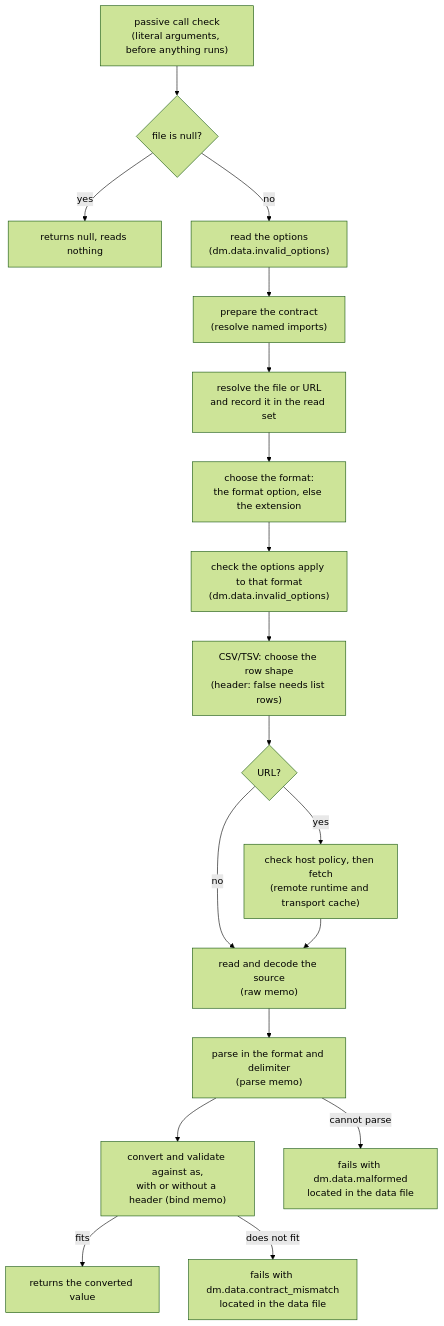
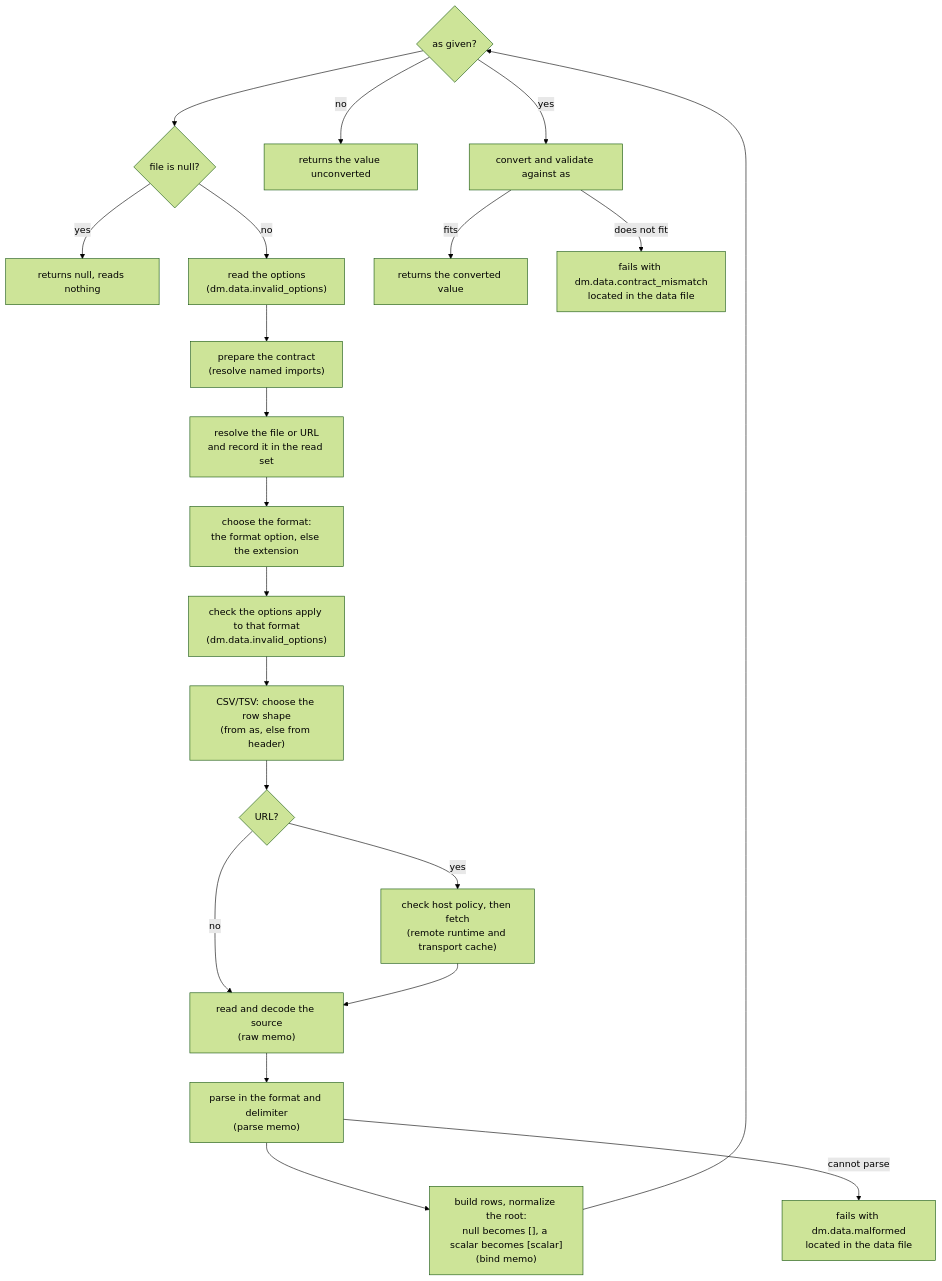
One commit to yankeeinlondon/rusty-biscuit changed the first of 2 diagrams in darkmatter/docs/topics/loading-data.md. Above: the diagram before and after it, drawn with Mermaid (forest theme). The commit also changed other lines of this file and 41 other files, not shown here.

First line of the commit message:
feat(darkmatter): complete schema-typed load_data observation

````diff
--- a/darkmatter/docs/topics/loading-data.md
+++ b/darkmatter/docs/topics/loading-data.md
@@ -49,20 +61,23 @@
 ```mermaid
 flowchart TD
     A["passive call check<br/>(literal arguments, before anything runs)"] --> B{file is null?}
     B -->|yes| N[returns null, reads nothing]
     B -->|no| O["read the options<br/>(dm.data.invalid_options)"]
     O --> C["prepare the contract<br/>(resolve named imports)"]
     C --> D["resolve the file or URL<br/>and record it in the read set"]
     D --> E["choose the format:<br/>the format option, else the extension"]
     E --> P["check the options apply to that format<br/>(dm.data.invalid_options)"]
-    P --> R["CSV/TSV: choose the row shape<br/>(header: false needs list rows)"]
+    P --> R["CSV/TSV: choose the row shape<br/>(from as, else from header)"]
     R --> F{"URL?"}
     F -->|yes| G["check host policy, then fetch<br/>(remote runtime and transport cache)"]
     F -->|no| H
     G --> H["read and decode the source<br/>(raw memo)"]
     H --> I["parse in the format and delimiter<br/>(parse memo)"]
-    I --> K["convert and validate against as,<br/>with or without a header (bind memo)"]
+    I --> W["build rows, normalize the root:<br/>null becomes [], a scalar becomes [scalar]<br/>(bind memo)"]
+    W --> A{as given?}
+    A -->|no| U[returns the value unconverted]
+    A -->|yes| K["convert and validate against as"]
     K -->|fits| OK[returns the converted value]
     K -->|does not fit| X["fails with dm.data.contract_mismatch<br/>located in the data file"]
     I -->|cannot parse| M["fails with dm.data.malformed<br/>located in the data file"]
 ```
````
